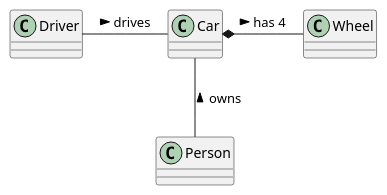
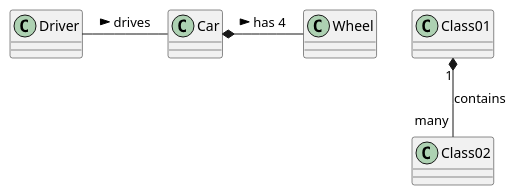
One commit to studykit/studykit-marketplace changed the seventh of 13 diagrams in plugins/plantuml/skills/class-diagram/SKILL.md. Above: the diagram before and after it, drawn with PlantUML. The commit also changed other lines of this file and 9 other files, not shown here.

First line of the commit message:
refactor: trim PlantUML skill SKILL.md files and extract advanced references

````diff
--- a/plugins/plantuml/skills/class-diagram/SKILL.md
+++ b/plugins/plantuml/skills/class-diagram/SKILL.md
@@ -270,8 +132,7 @@
 ```plantuml
 @startuml
-class Car
+Class01 "1" *-- "many" Class02 : contains
 Driver - Car : drives >
 Car *- Wheel : has 4 >
-Car -- Person : < owns
 @enduml
 ```
````
